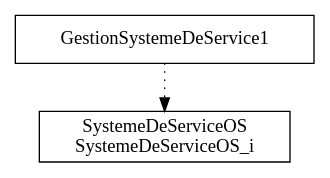
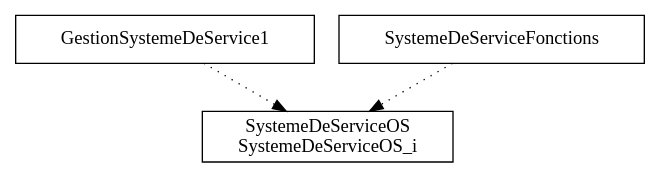
Before and after one commit to kirapoetica974/Systeme_Gestion_De_Service_ALMA_2016: the diagram in SystemeDeServiceOS/bdp/SystemeDeServiceOS.dot, drawn with Graphviz. The commit also changed 3 other files, not shown here.

```diff
--- a/SystemeDeServiceOS/bdp/SystemeDeServiceOS.dot
+++ b/SystemeDeServiceOS/bdp/SystemeDeServiceOS.dot
@@ -1,6 +1,8 @@
 digraph {
 GestionSystemeDeService1 [ label=" GestionSystemeDeService1 " shape= box ]
+SystemeDeServiceFonctions [ label=" SystemeDeServiceFonctions " shape= box ]
 SystemeDeServiceOS_i [ label=" SystemeDeServiceOS\nSystemeDeServiceOS_i " shape= box ]
 
 "GestionSystemeDeService1" -> "SystemeDeServiceOS_i" [style= dotted ]
+"SystemeDeServiceFonctions" -> "SystemeDeServiceOS_i" [style= dotted ]
 }
```
